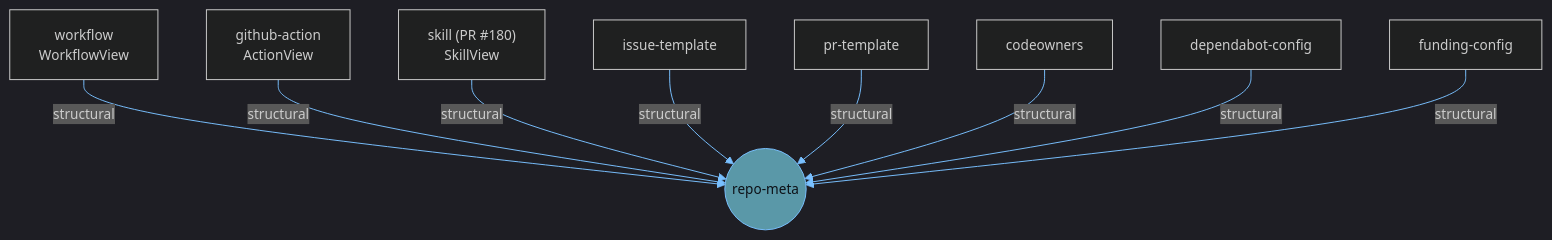
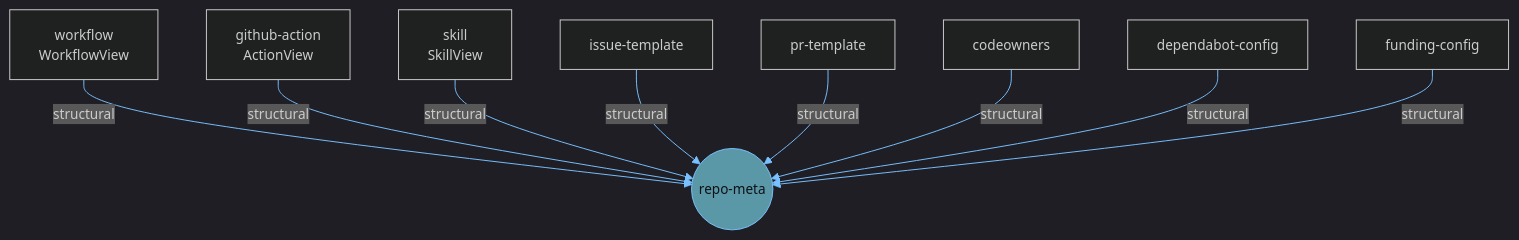
One commit to anokye-labs/kbexplorer-template changed the diagram in content/structural-nodes.md. Above: the diagram before and after it, drawn with Mermaid. The commit also changed other lines of this file and 2 other files, not shown here.

First line of the commit message:
docs: document skill as a live structural type (PR #180 merged)

````diff
--- a/content/structural-nodes.md
+++ b/content/structural-nodes.md
@@ -56,14 +54,14 @@
 ```mermaid
 %%{init: {'theme':'dark', 'themeVariables': {'primaryColor':'#1f2a37','primaryTextColor':'#e6edf3','primaryBorderColor':'#5A98A8','lineColor':'#79c0ff','fontSize':'14px'}}}%%
 flowchart TD
   R(("repo-meta")):::repo
   WF["workflow<br/>WorkflowView"] -- structural --> R
   AC["github-action<br/>ActionView"] -- structural --> R
-  SK["skill (PR #180)<br/>SkillView"] -- structural --> R
+  SK["skill<br/>SkillView"] -- structural --> R
   IT["issue-template"] -- structural --> R
   PR["pr-template"] -- structural --> R
   CO["codeowners"] -- structural --> R
   DB["dependabot-config"] -- structural --> R
   FU["funding-config"] -- structural --> R
   classDef repo fill:#5A98A8,stroke:#79c0ff,color:#0d1117;
 ```
````
